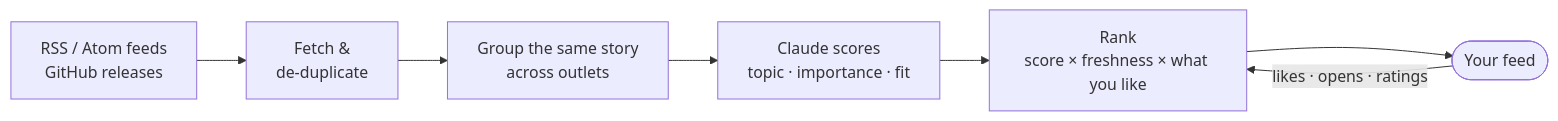
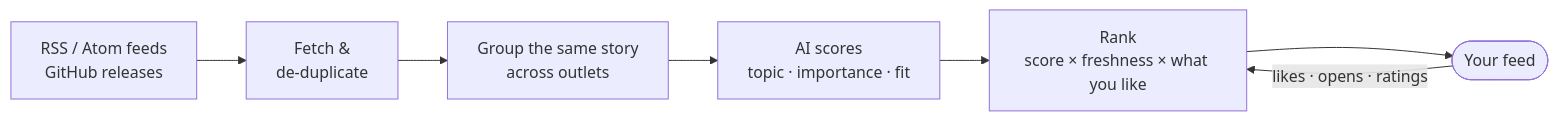
One commit to Lucifix/newsnest changed the diagram in README.md. Above: the diagram before and after it, drawn with Mermaid. The commit also changed other lines of this file and 26 other files, not shown here.

````diff
--- a/README.md
+++ b/README.md
@@ -168,9 +171,9 @@
 ```mermaid
 flowchart LR
     A["RSS / Atom feeds<br/>GitHub releases"] --> B["Fetch &<br/>de-duplicate"]
     B --> C["Group the same story<br/>across outlets"]
-    C --> D["Claude scores<br/>topic · importance · fit"]
+    C --> D["AI scores<br/>topic · importance · fit"]
     D --> E["Rank<br/>score × freshness × what you like"]
     E --> F(["Your feed"])
     F -- "likes · opens · ratings" --> E
 ```
````
